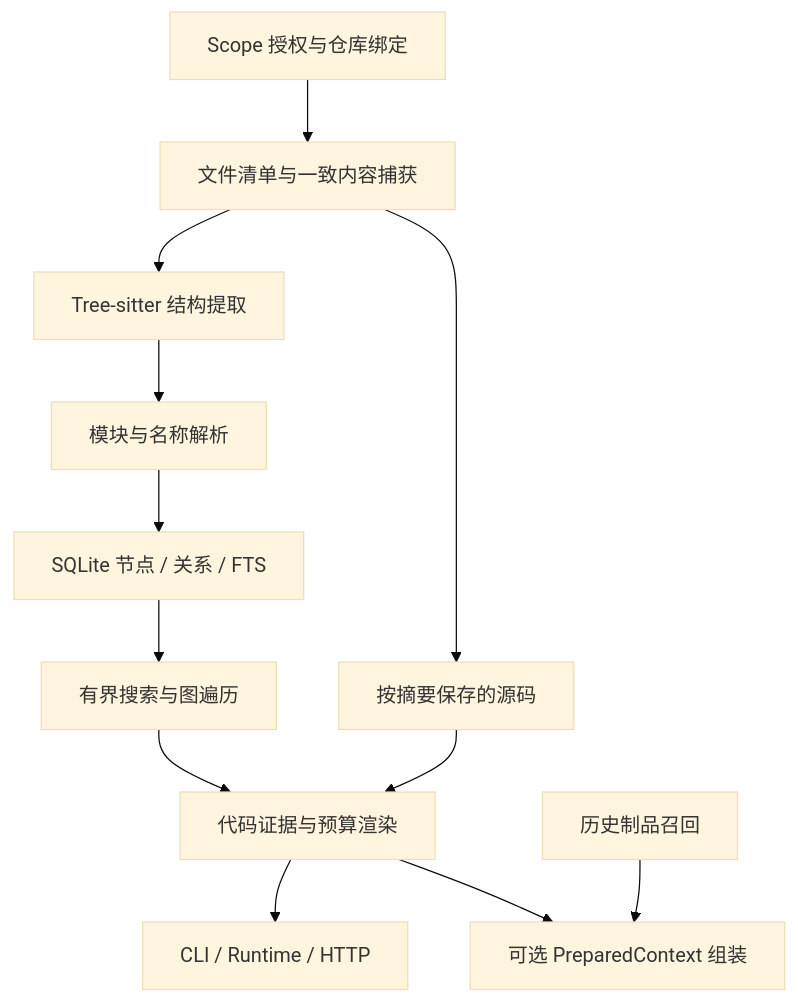
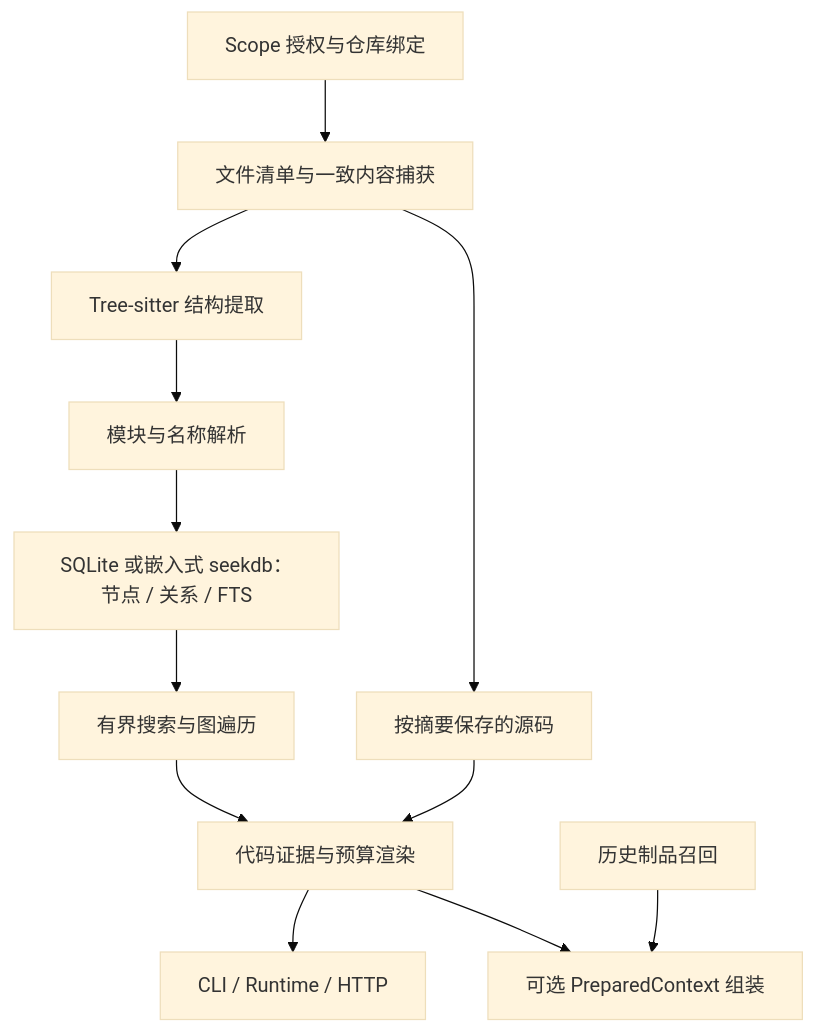
The diagram in docs/zh/rfcs/1708-native-git-code-understanding.md (222twotwotwo/powercontext), drawn with Mermaid (base theme) before and after one commit. The commit also changed other lines of this file and 19 other files, not shown here.

Commit message:
feat(code): support embedded seekdb graph storage

````diff
--- a/docs/zh/rfcs/1708-native-git-code-understanding.md
+++ b/docs/zh/rfcs/1708-native-git-code-understanding.md
@@ -120,14 +122,14 @@
 ```mermaid
 flowchart TD
     A[Scope 授权与仓库绑定] --> B[文件清单与一致内容捕获]
     B --> C[Tree-sitter 结构提取]
     C --> D[模块与名称解析]
-    D --> E[SQLite 节点 / 关系 / FTS]
+    D --> E[SQLite 或嵌入式 seekdb：节点 / 关系 / FTS]
     E --> F[有界搜索与图遍历]
     B --> G[按摘要保存的源码]
     F --> H[代码证据与预算渲染]
     G --> H
     H --> I[CLI / Runtime / HTTP]
     H --> J[可选 PreparedContext 组装]
     K[历史制品召回] --> J
 ```
````
